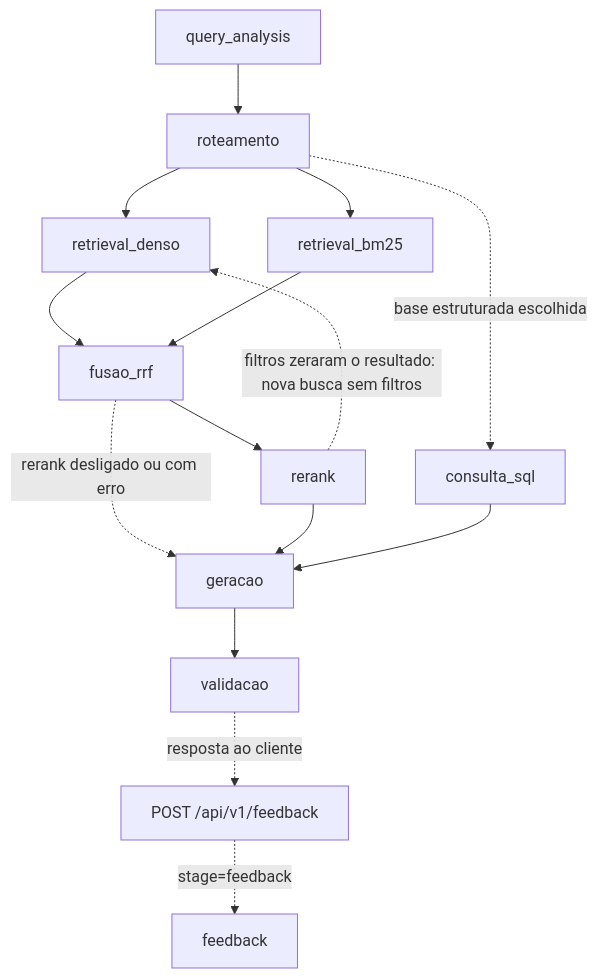
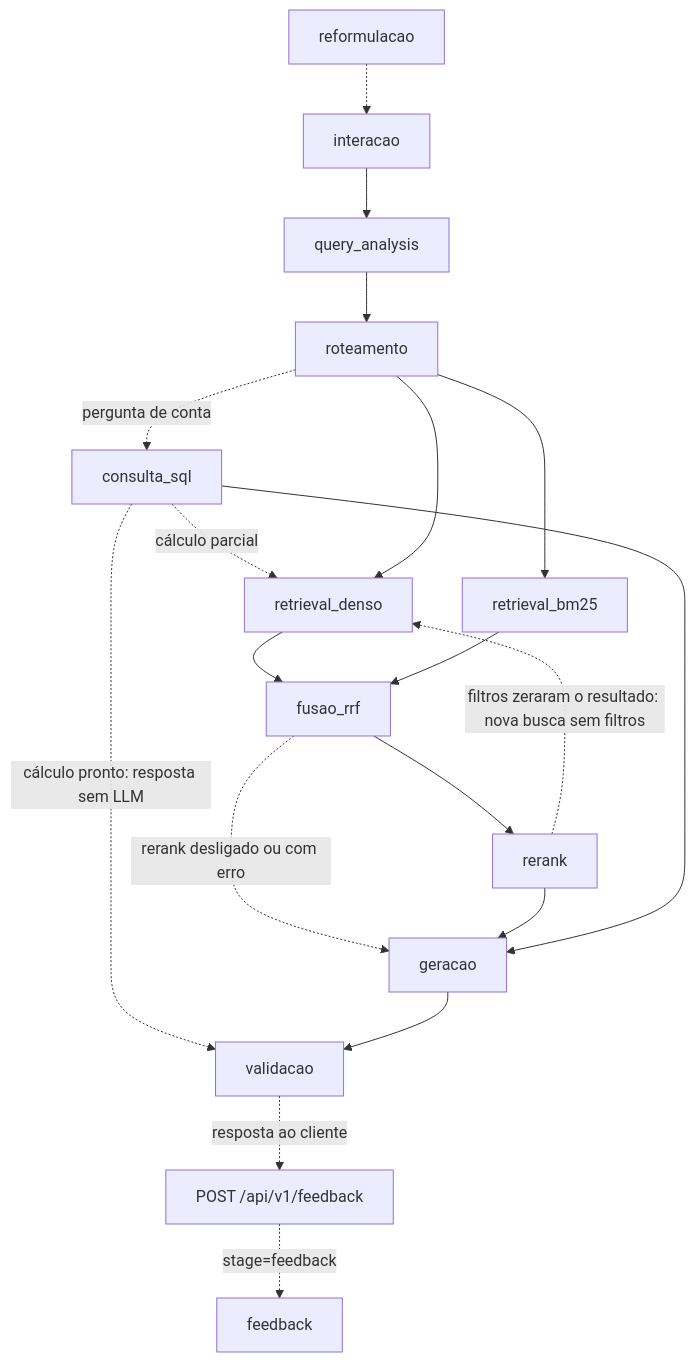
Before and after one commit to Diogooliveira10/rag-grande-desafio-grupo04-cenario01: the diagram in ARQUITETURA.md, drawn with Mermaid. The commit also changed other lines of this file, not shown here.

````diff
--- a/ARQUITETURA.md
+++ b/ARQUITETURA.md
@@ -31,17 +33,21 @@
 ```mermaid
 flowchart TD
-    A[query_analysis] --> B[roteamento]
-    B --> C[retrieval_denso]
+    R[reformulacao] -.-> X[interacao]
+    X --> A[query_analysis]
+    A --> B[roteamento]
+    B -. pergunta de conta .-> K[consulta_sql]
+    K -. cálculo pronto: resposta sem LLM .-> H[validacao]
+    K -. cálculo parcial .-> C[retrieval_denso]
+    B --> C
     B --> D[retrieval_bm25]
-    B -. base estruturada escolhida .-> K[consulta_sql]
     C --> E[fusao_rrf]
     D --> E
     E --> F[rerank]
     E -. rerank desligado ou com erro .-> G[geracao]
     F --> G
     K --> G
     F -. filtros zeraram o resultado: nova busca sem filtros .-> C
-    G --> H[validacao]
+    G --> H
     H -. resposta ao cliente .-> J[POST /api/v1/feedback]
     J -. stage=feedback .-> I[feedback]
 ```
````
